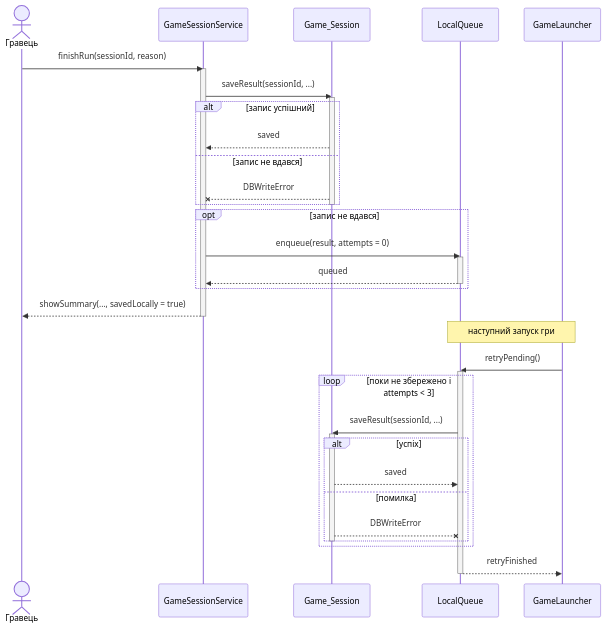
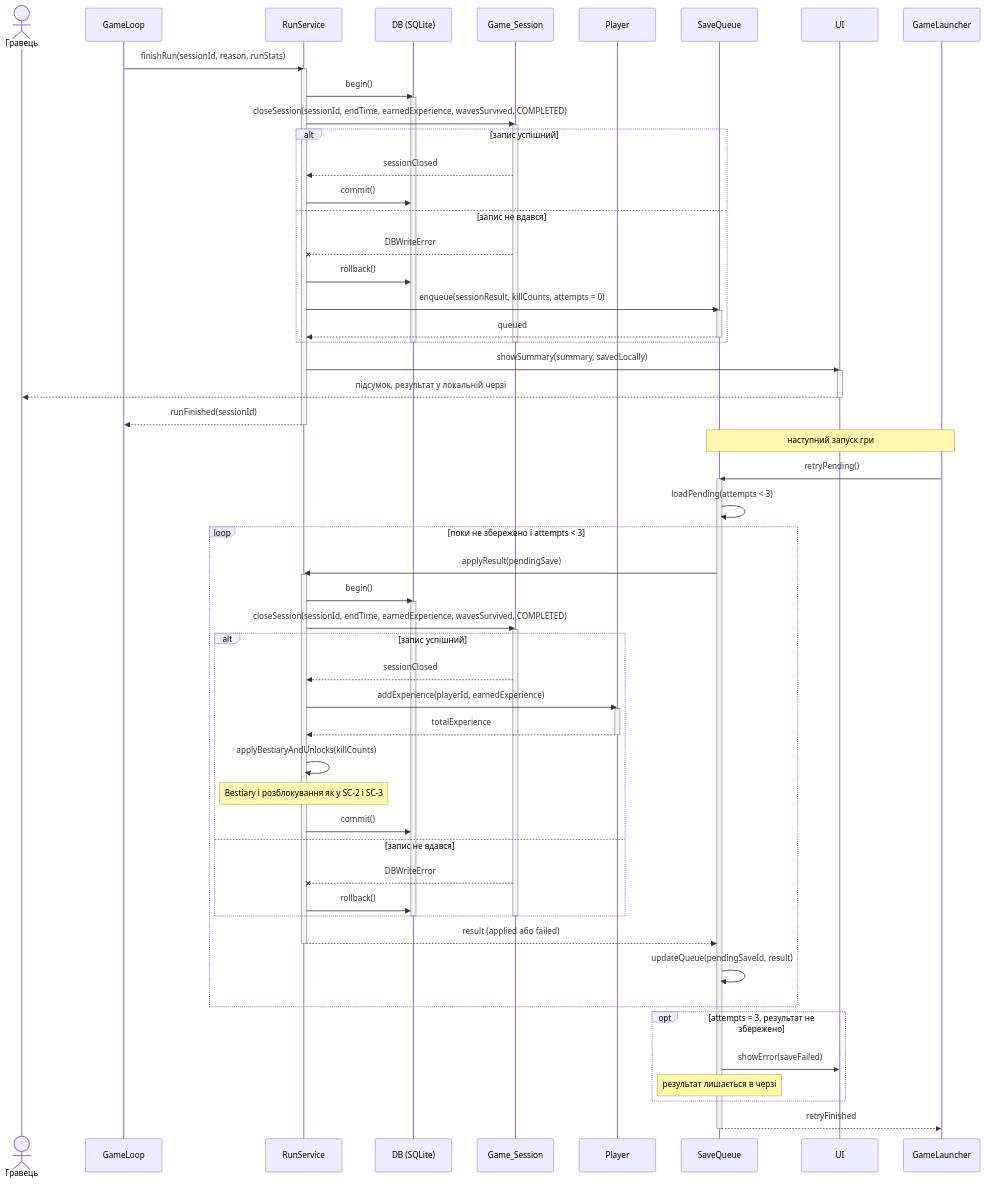
Before and after one commit to Sk1y-1/KPI-2: the diagram in Lab3/SC/SC-6 error.md, drawn with Mermaid.

Commit message:
Refactor sequence diagram for game session handling

````diff
--- a/Lab3/SC/SC-6 error.md
+++ b/Lab3/SC/SC-6 error.md
@@ -1,41 +1,73 @@
 ```mermaid
 sequenceDiagram
     actor P as Гравець
-    participant GS as GameSessionService
+    participant GL as GameLoop
+    participant RS as RunService
+    participant DB as DB (SQLite)
     participant S as Game_Session
-    participant Q as LocalQueue
+    participant PL as Player
+    participant SQ as SaveQueue
+    participant UI as UI
     participant L as GameLauncher
-    P->>GS: finishRun(sessionId, reason)
-    activate GS
-    GS->>S: saveResult(sessionId, ...)
+    GL->>RS: finishRun(sessionId, reason, runStats)
+    activate RS
+    RS->>DB: begin()
+    activate DB
+    RS->>S: closeSession(sessionId, endTime, earnedExperience, wavesSurvived, COMPLETED)
     activate S
     alt запис успішний
-        S-->>GS: saved
+        S-->>RS: sessionClosed
+        RS->>DB: commit()
     else запис не вдався
-        S--xGS: DBWriteError
+        S--xRS: DBWriteError
+        RS->>DB: rollback()
+        RS->>SQ: enqueue(sessionResult, killCounts, attempts = 0)
+        activate SQ
+        SQ-->>RS: queued
+        deactivate SQ
     end
     deactivate S
-    opt запис не вдався
-        GS->>Q: enqueue(result, attempts = 0)
-        activate Q
-        Q-->>GS: queued
-        deactivate Q
-    end
-    GS-->>P: showSummary(..., savedLocally = true)
-    deactivate GS
-    Note over L,Q: наступний запуск гри
-    L->>Q: retryPending()
-    activate Q
+    deactivate DB
+    RS->>UI: showSummary(summary, savedLocally)
+    activate UI
+    UI-->>P: підсумок, результат у локальній черзі
+    deactivate UI
+    RS-->>GL: runFinished(sessionId)
+    deactivate RS
+    Note over L,SQ: наступний запуск гри
+    L->>SQ: retryPending()
+    activate SQ
+    SQ->>SQ: loadPending(attempts < 3)
     loop поки не збережено і attempts < 3
-        Q->>S: saveResult(sessionId, ...)
+        SQ->>RS: applyResult(pendingSave)
+        activate RS
+        RS->>DB: begin()
+        activate DB
+        RS->>S: closeSession(sessionId, endTime, earnedExperience, wavesSurvived, COMPLETED)
         activate S
-        alt успіх
-            S-->>Q: saved
-        else помилка
-            S--xQ: DBWriteError
+        alt запис успішний
+            S-->>RS: sessionClosed
+            RS->>PL: addExperience(playerId, earnedExperience)
+            activate PL
+            PL-->>RS: totalExperience
+            deactivate PL
+            RS->>RS: applyBestiaryAndUnlocks(killCounts)
+            Note over RS: Bestiary і розблокування як у SC-2 і SC-3
+            RS->>DB: commit()
+        else запис не вдався
+            S--xRS: DBWriteError
+            RS->>DB: rollback()
         end
         deactivate S
+        deactivate DB
+        RS-->>SQ: result (applied або failed)
+        deactivate RS
+        SQ->>SQ: updateQueue(pendingSaveId, result)
     end
-    Q-->>L: retryFinished
-    deactivate Q
+    opt attempts = 3, результат не збережено
+        SQ->>UI: showError(saveFailed)
+        Note over SQ: результат лишається в черзі
+    end
+    SQ-->>L: retryFinished
+    deactivate SQ
 ```
````
